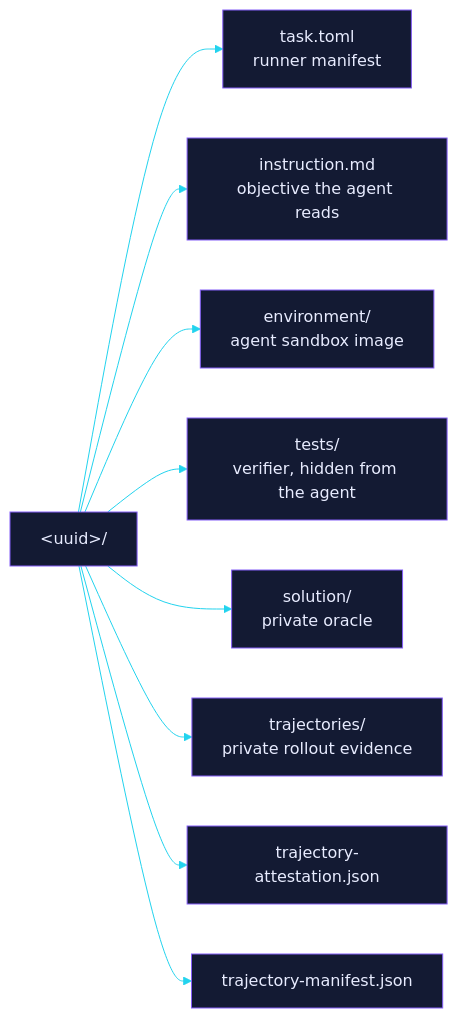
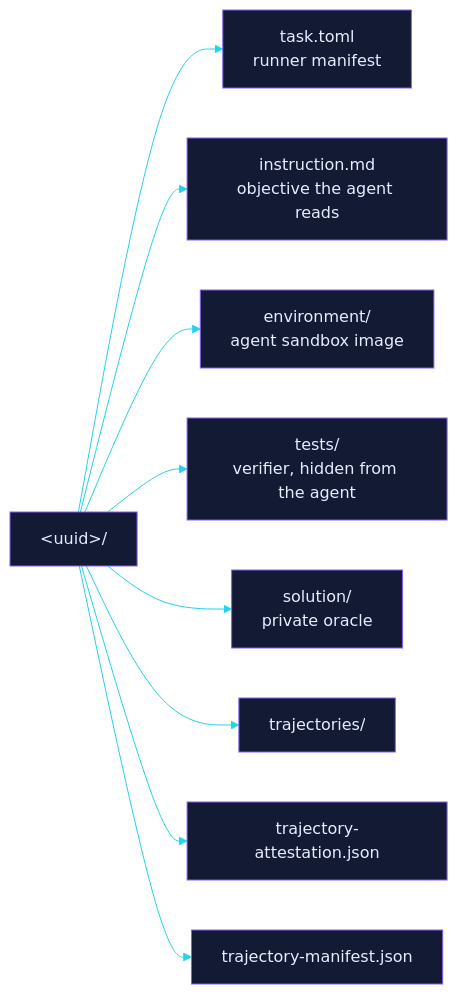
The first of 2 diagrams in README.md (EtharaOrion/thanatos-samples), drawn with Mermaid before and after one commit. The commit also changed other lines of this file, not shown here.

Commit message:
chore(readme): re-render without trajectories/ naming per trinity a25840a2

````diff
--- a/README.md
+++ b/README.md
@@ -63,13 +63,13 @@
 ```mermaid
 %%{init: {"theme":"base","themeVariables":{"primaryColor":"#131a33","primaryTextColor":"#e8ecff","primaryBorderColor":"#845EF7","lineColor":"#22d3ee","fontFamily":"monospace"}}}%%
 flowchart LR
     bundle["&lt;uuid&gt;/"]
     bundle --> n0["task.toml<br/>runner manifest"]
     bundle --> n1["instruction.md<br/>objective the agent reads"]
     bundle --> n2["environment/<br/>agent sandbox image"]
     bundle --> n3["tests/<br/>verifier, hidden from the agent"]
     bundle --> n4["solution/<br/>private oracle"]
-    bundle --> n5["trajectories/<br/>private rollout evidence"]
+    bundle --> n5["trajectories/"]
     bundle --> n6["trajectory-attestation.json"]
     bundle --> n7["trajectory-manifest.json"]
 ```
````
